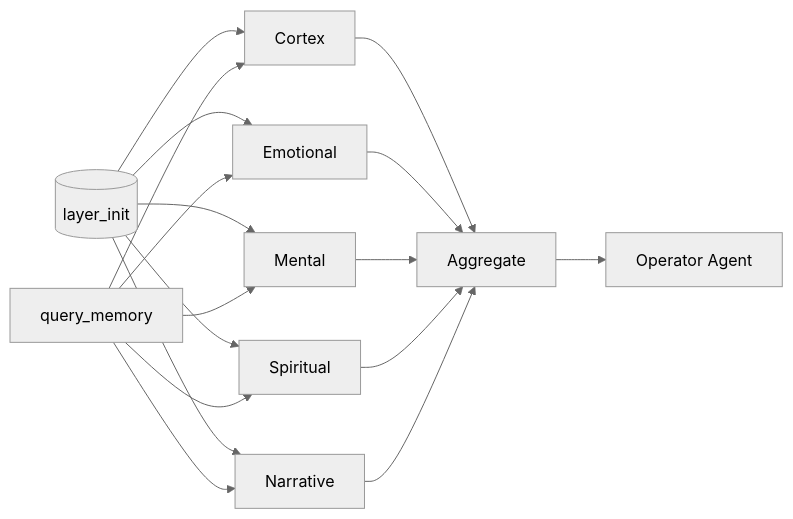
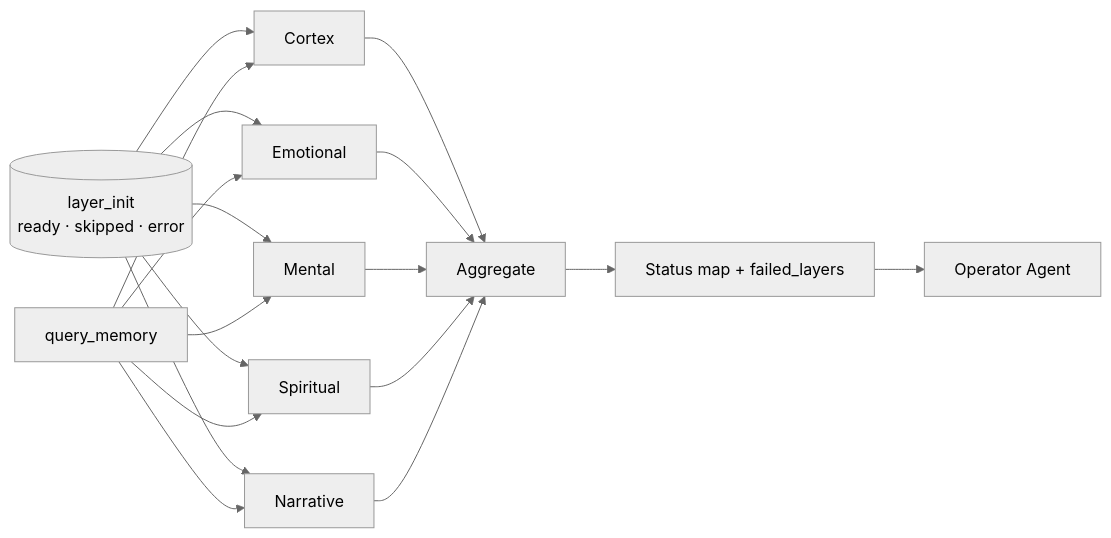
One commit to DINGIRABZU/ABZU changed the diagram in docs/figures/layer_init_query_flow.mmd. Above: the diagram before and after it, drawn with Mermaid (neutral theme). The commit also changed 12 other files, not shown here.

```diff
--- a/docs/figures/layer_init_query_flow.mmd
+++ b/docs/figures/layer_init_query_flow.mmd
@@ -1,20 +1,21 @@
 flowchart LR
-    layer_init[(layer_init)] --> Cortex
+    layer_init[(layer_init<br/>ready · skipped · error)] --> Cortex
     layer_init --> Emotional
     layer_init --> Mental
     layer_init --> Spiritual
     layer_init --> Narrative
 
     Query[query_memory] --> Cortex
     Query --> Emotional
     Query --> Mental
     Query --> Spiritual
     Query --> Narrative
 
     Cortex --> Aggregate
     Emotional --> Aggregate
     Mental --> Aggregate
     Spiritual --> Aggregate
     Narrative --> Aggregate
 
-    Aggregate --> OperatorAgent[Operator Agent]
+    Aggregate --> StatusMap[Status map + failed_layers]
+    StatusMap --> OperatorAgent[Operator Agent]
```
